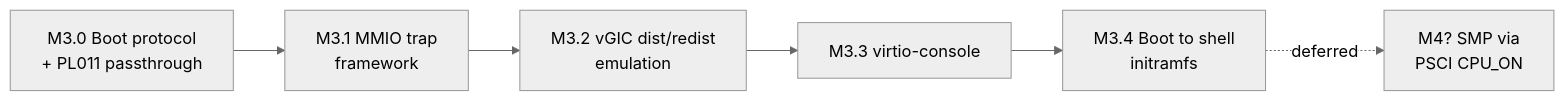
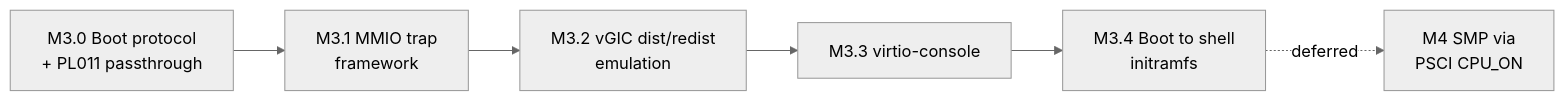
One commit to James7zy/hypervisor changed the first of 2 diagrams in docs/superpowers/specs/2026-06-15-m3-linux-guest-decomposition-design.md. Above: the diagram before and after it, drawn with Mermaid (neutral theme). The commit also changed other lines of this file and 2 other files, not shown here.

````diff
--- a/docs/superpowers/specs/2026-06-15-m3-linux-guest-decomposition-design.md
+++ b/docs/superpowers/specs/2026-06-15-m3-linux-guest-decomposition-design.md
@@ -43,8 +43,8 @@
 ```mermaid
 graph LR
-  M3.0[M3.0 Boot protocol<br/>+ PL011 passthrough] --> M3.1[M3.1 MMIO trap<br/>framework]
-  M3.1 --> M3.2[M3.2 vGIC dist/redist<br/>emulation]
-  M3.2 --> M3.3[M3.3 virtio-console]
-  M3.3 --> M3.4[M3.4 Boot to shell<br/>initramfs]
-  M3.4 -.deferred.-> SMP[M4? SMP via<br/>PSCI CPU_ON]
+  S30["M3.0 Boot protocol<br/>+ PL011 passthrough"] --> S31["M3.1 MMIO trap<br/>framework"]
+  S31 --> S32["M3.2 vGIC dist/redist<br/>emulation"]
+  S32 --> S33["M3.3 virtio-console"]
+  S33 --> S34["M3.4 Boot to shell<br/>initramfs"]
+  S34 -.->|deferred| SMP["M4 SMP via<br/>PSCI CPU_ON"]
 ```
````
